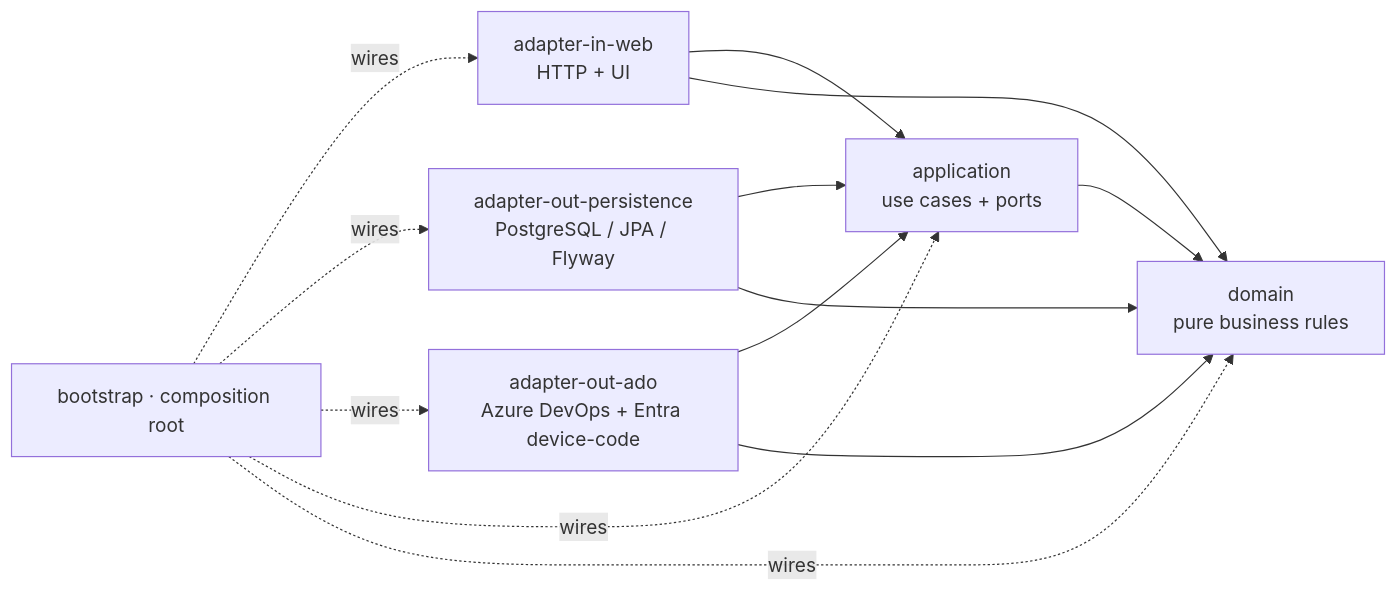
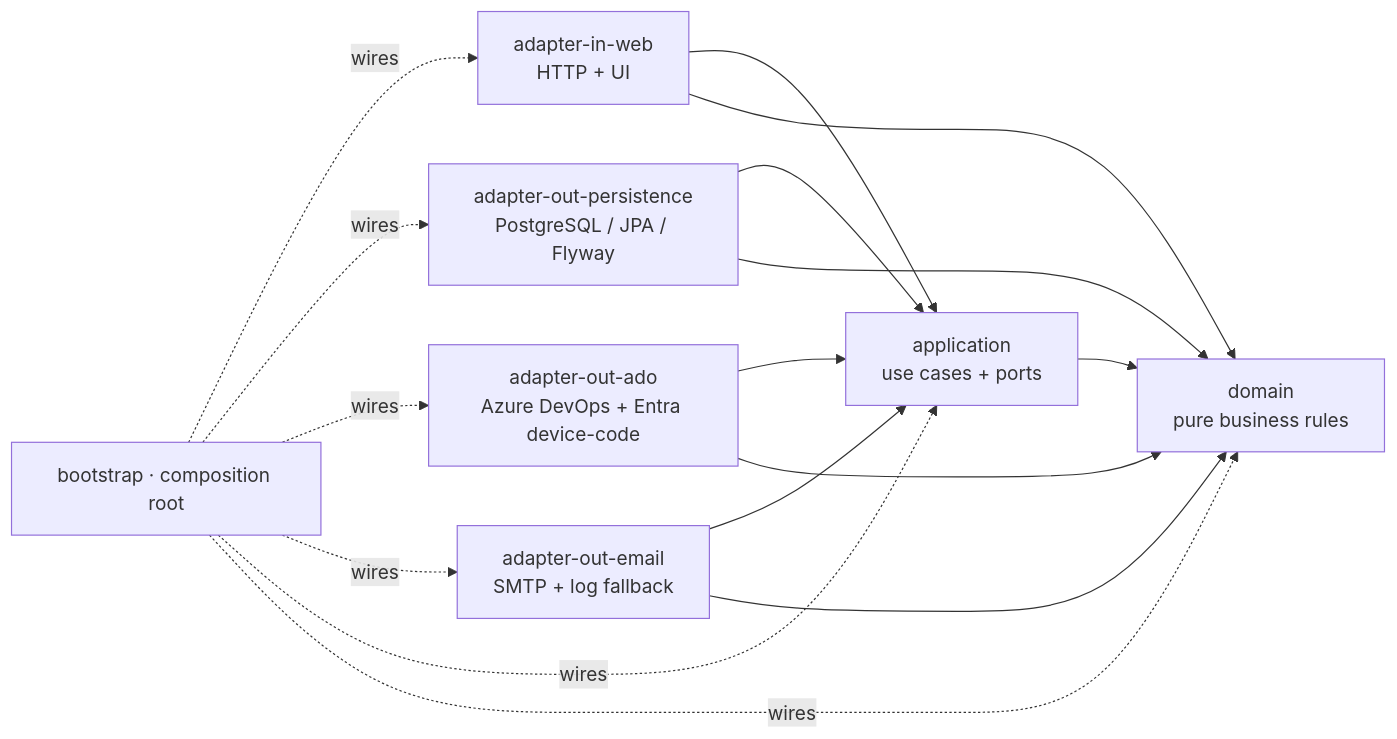
One commit to viniciusfaleiro/eng-performance changed the diagram in README.md. Above: the diagram before and after it, drawn with Mermaid. The commit also changed other lines of this file and 62 other files, not shown here.

````diff
--- a/README.md
+++ b/README.md
@@ -61,11 +61,13 @@
 ```mermaid
 flowchart LR
   web["adapter-in-web<br/>HTTP + UI"] --> app
   pg["adapter-out-persistence<br/>PostgreSQL / JPA / Flyway"] --> app
   ado["adapter-out-ado<br/>Azure DevOps + Entra device-code"] --> app
+  mail["adapter-out-email<br/>SMTP + log fallback"] --> app
   app["application<br/>use cases + ports"] --> dom["domain<br/>pure business rules"]
   web --> dom
   pg --> dom
   ado --> dom
-  boot["bootstrap · composition root"] -.wires.-> web & pg & ado & app & dom
+  mail --> dom
+  boot["bootstrap · composition root"] -.wires.-> web & pg & ado & mail & app & dom
 ```
````
